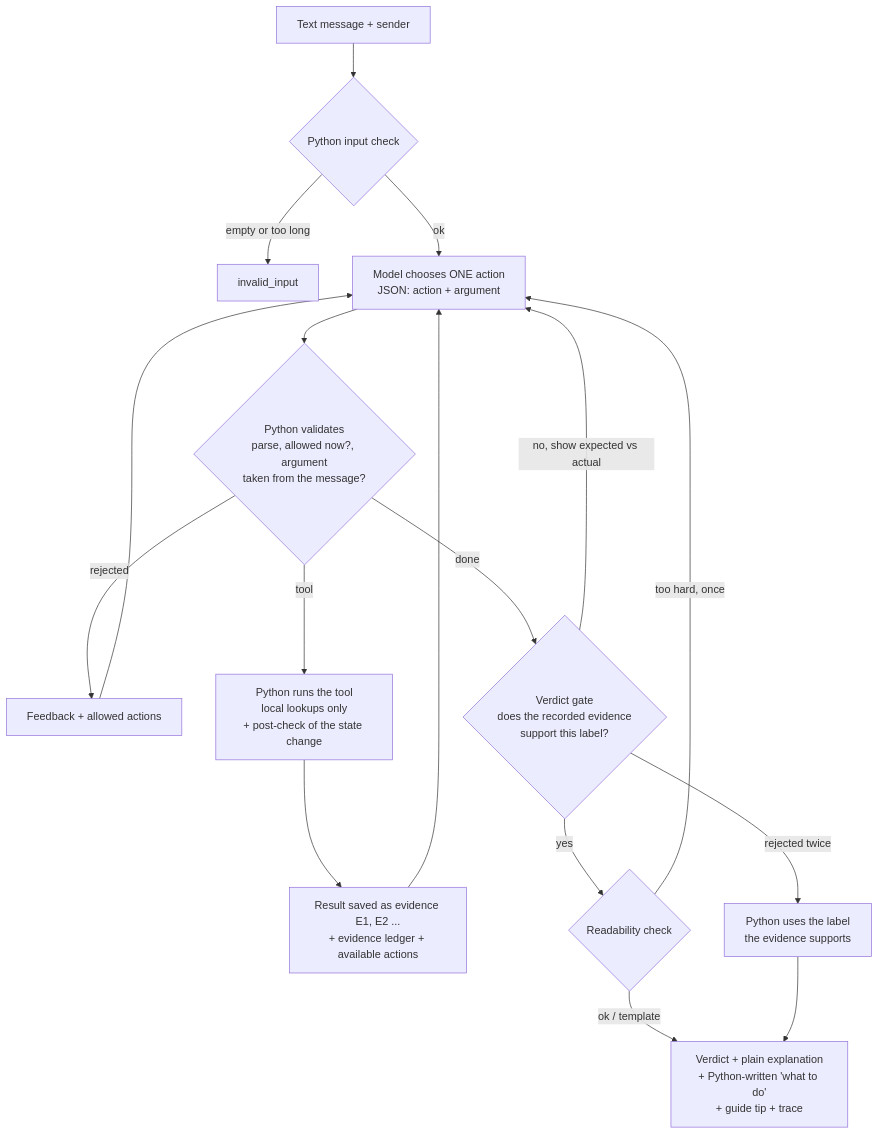
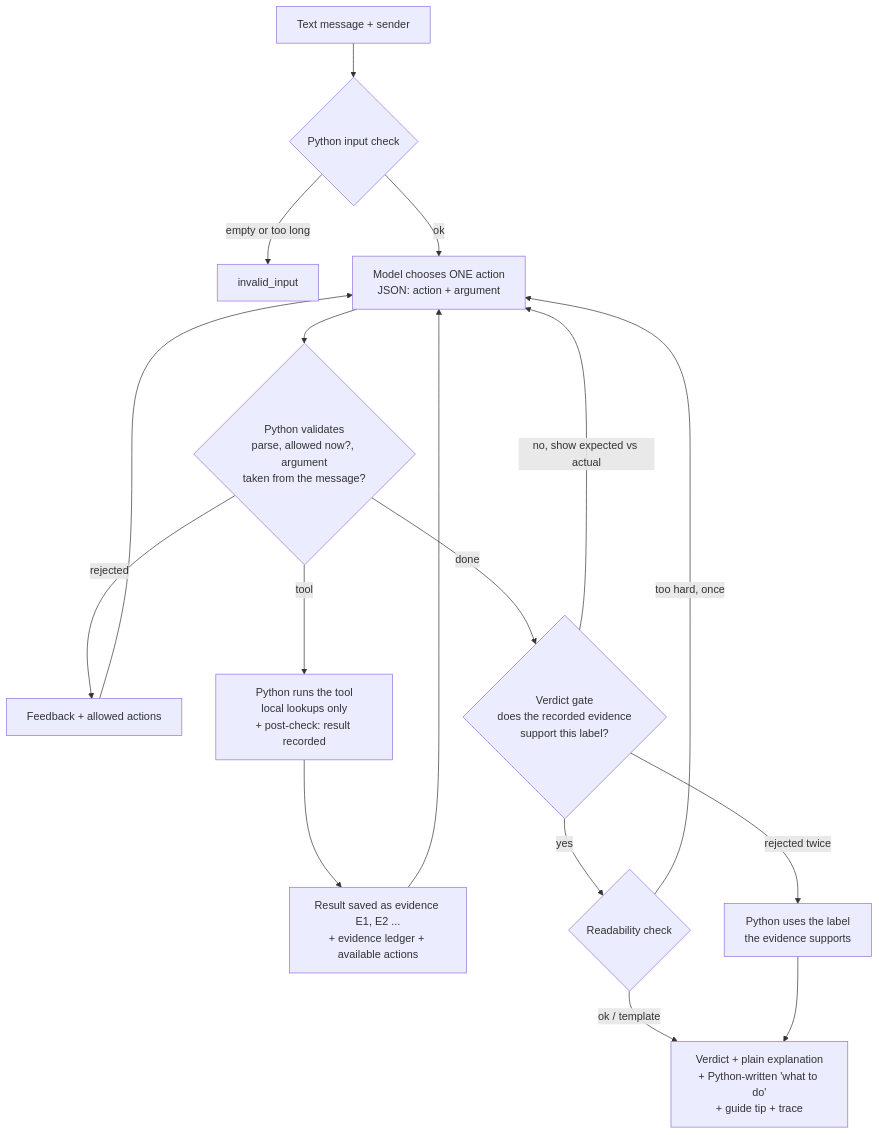
One commit to ARUNAS95/ScamShield changed the diagram in README.md. Above: the diagram before and after it, drawn with Mermaid. The commit also changed other lines of this file, not shown here.

Commit message:
README: concern-then-safe rule, honest post-check wording, Canvas quotes, model_catches_miss, new rules, round naming

````diff
--- a/README.md
+++ b/README.md
@@ -76,19 +77,19 @@
 ```mermaid
 flowchart TD
     A[Text message + sender] --> B{Python input check}
     B -- empty or too long --> X[invalid_input]
     B -- ok --> C[Model chooses ONE action<br/>JSON: action + argument]
     C --> D{Python validates<br/>parse, allowed now?, argument<br/>taken from the message?}
     D -- rejected --> F[Feedback + allowed actions]
     F --> C
-    D -- tool --> E[Python runs the tool<br/>local lookups only<br/>+ post-check of the state change]
+    D -- tool --> E[Python runs the tool<br/>local lookups only<br/>+ post-check: result recorded]
     E --> G[Result saved as evidence E1, E2 ...<br/>+ evidence ledger + available actions]
     G --> C
     D -- done --> H{Verdict gate<br/>does the recorded evidence<br/>support this label?}
     H -- no, show expected vs actual --> C
     H -- rejected twice --> P[Python uses the label<br/>the evidence supports]
     H -- yes --> R{Readability check}
     R -- too hard, once --> C
     R -- ok / template --> O[Verdict + plain explanation<br/>+ Python-written 'what to do'<br/>+ guide tip + trace]
     P --> O
 ```
````
